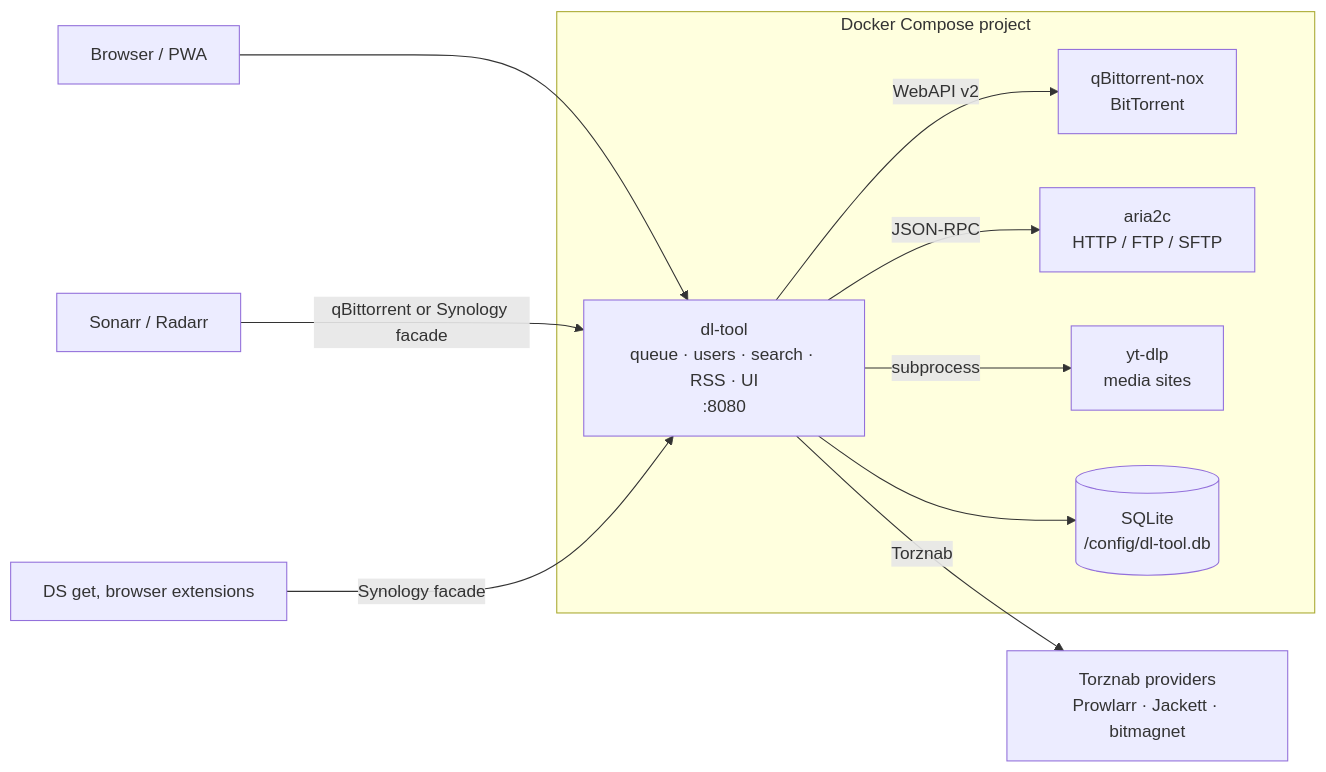
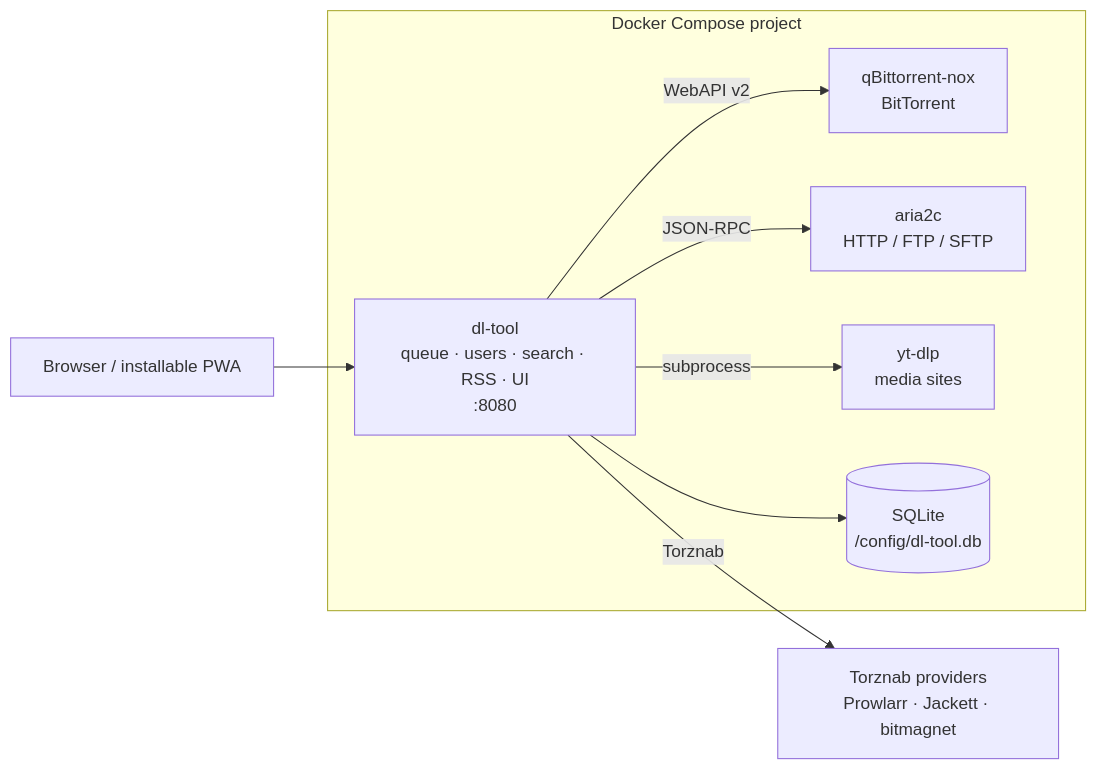
Before and after one commit to L-K-M/dl-tool: the diagram in README.md, drawn with Mermaid. The commit also changed other lines of this file, not shown here.

Commit message:
Drop the compatibility-API claims from the README
The goal is a tool that is superficially identical to Download Station
from the user's point of view, not one that is functionally identical to
it for other software. Removes the Sonarr/Radarr and DS-mobile-client
paths from the architecture diagram and states the position plainly:
dl-tool has one API, its own, and does not emulate anyone else's.

Claude-Session: https://claude.ai/code/session_01U2AwzKaPSEcXh6z3qaBojs

````diff
--- a/README.md
+++ b/README.md
@@ -43,22 +43,18 @@
 ```mermaid
 flowchart LR
-  user["Browser / PWA"]
-  arr["Sonarr / Radarr"]
-  dsapp["DS get, browser extensions"]
+  user["Browser / installable PWA"]
   subgraph host["Docker Compose project"]
     app["dl-tool<br/>queue · users · search · RSS · UI<br/>:8080"]
     qb["qBittorrent-nox<br/>BitTorrent"]
     ar["aria2c<br/>HTTP / FTP / SFTP"]
     yt["yt-dlp<br/>media sites"]
     db[("SQLite<br/>/config/dl-tool.db")]
   end
   idx["Torznab providers<br/>Prowlarr · Jackett · bitmagnet"]
   user --> app
-  arr -->|"qBittorrent or Synology facade"| app
-  dsapp -->|"Synology facade"| app
   app --> db
   app -->|"WebAPI v2"| qb
   app -->|"JSON-RPC"| ar
   app -->|"subprocess"| yt
   app -->|"Torznab"| idx
 ```
````
